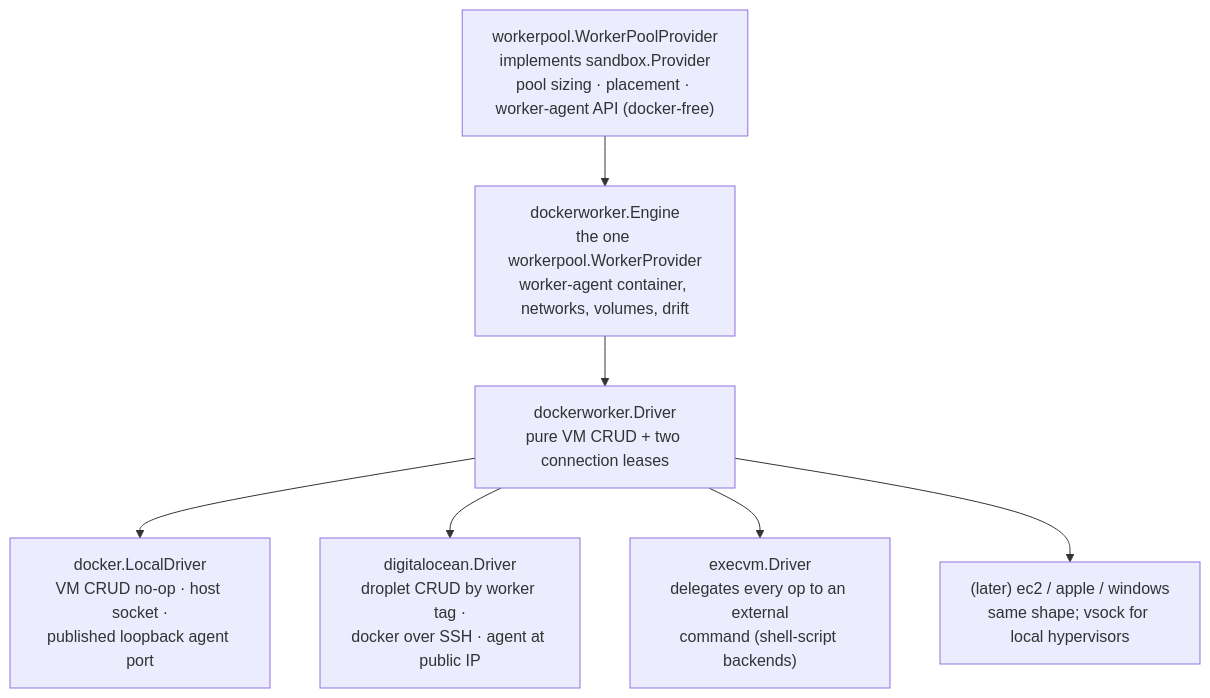
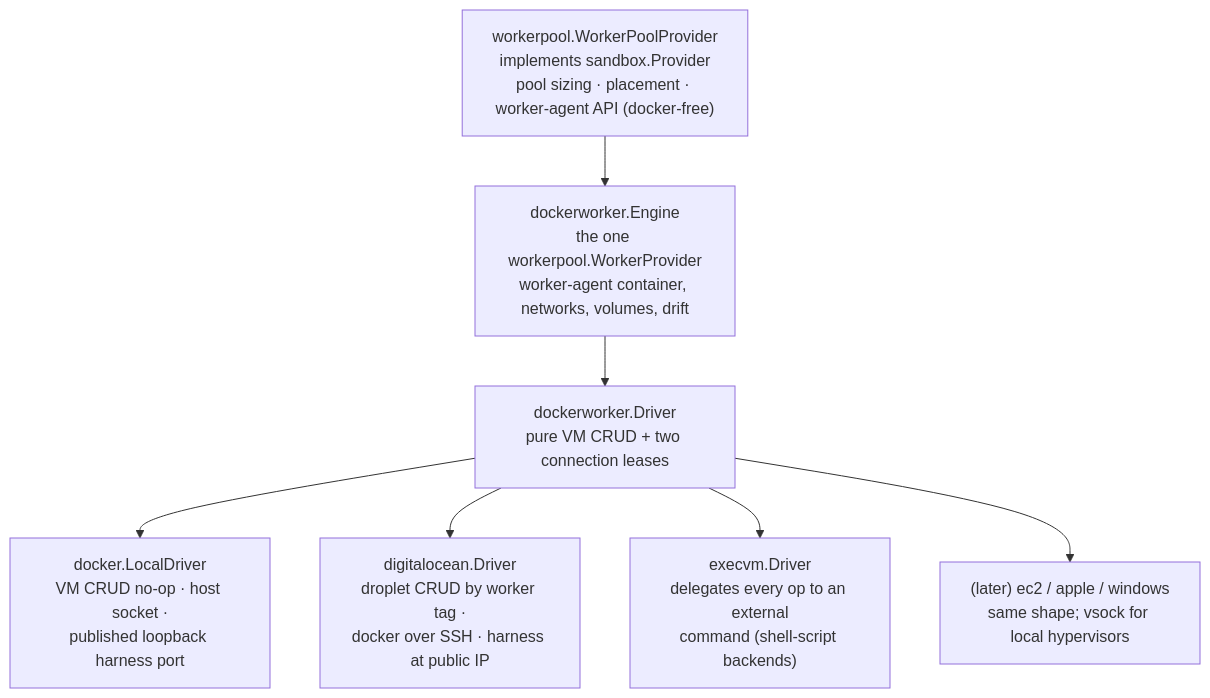
The first of 2 diagrams in server/providers/DESIGN.md (discobox-ai/discobox), drawn with Mermaid before and after one commit. The commit also changed other lines of this file and 162 other files, not shown here.

First line of the commit message:
refactor: rename agent to harness for coding-CLI configuration

````diff
--- a/server/providers/DESIGN.md
+++ b/server/providers/DESIGN.md
@@ -26,13 +26,13 @@
 ```mermaid
 flowchart TD
     pool["workerpool.WorkerPoolProvider\nimplements sandbox.Provider\npool sizing · placement · worker-agent API (docker-free)"]
     engine["dockerworker.Engine\nthe one workerpool.WorkerProvider\nworker-agent container, networks, volumes, drift"]
     driver["dockerworker.Driver\npure VM CRUD + two connection leases"]
-    local["docker.LocalDriver\nVM CRUD no-op · host socket ·\npublished loopback agent port"]
-    do["digitalocean.Driver\ndroplet CRUD by worker tag ·\ndocker over SSH · agent at public IP"]
+    local["docker.LocalDriver\nVM CRUD no-op · host socket ·\npublished loopback harness port"]
+    do["digitalocean.Driver\ndroplet CRUD by worker tag ·\ndocker over SSH · harness at public IP"]
     execd["execvm.Driver\ndelegates every op to an external\ncommand (shell-script backends)"]
     future["(later) ec2 / apple / windows\nsame shape; vsock for local hypervisors"]
 
     pool --> engine --> driver
     driver --> local & do & execd & future
 ```
````
